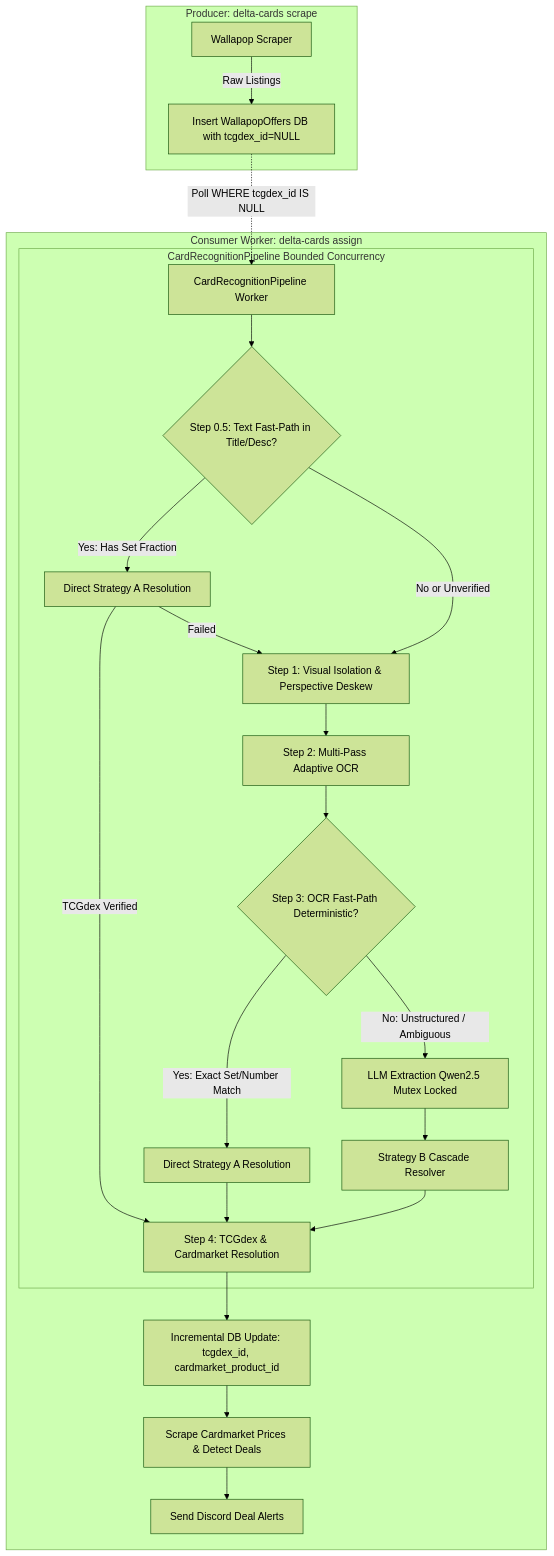
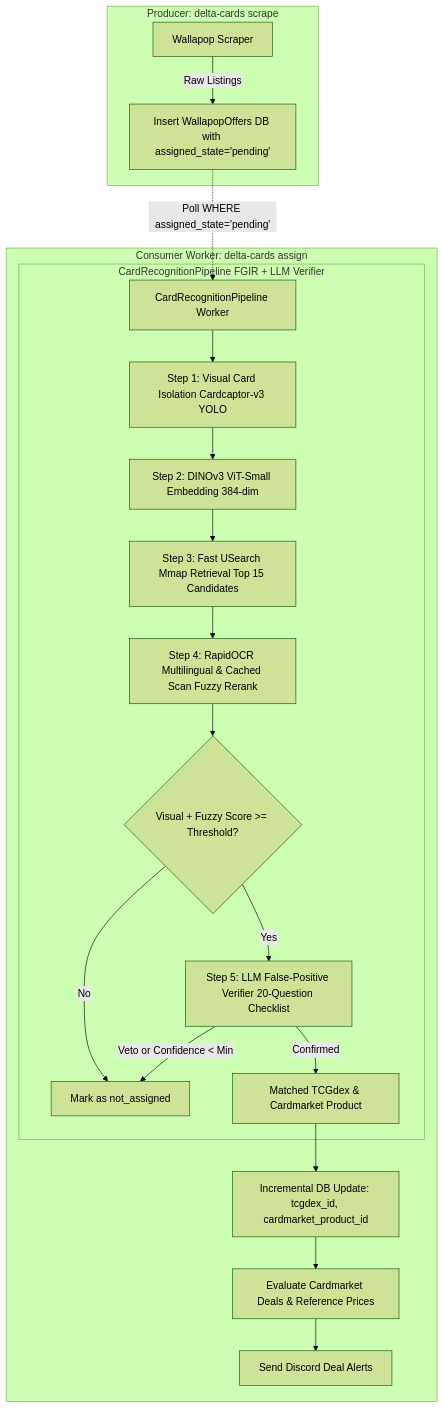
One commit to Javier-Jimenez99/delta-cards changed the diagram in docs/pipeline.md. Above: the diagram before and after it, drawn with Mermaid (forest theme). The commit also changed other lines of this file and 49 other files, not shown here.

Commit message:
refactor: overhaul card recognition pipeline with vector search, OCR services, and evaluation application

````diff
--- a/docs/pipeline.md
+++ b/docs/pipeline.md
@@ -17,29 +17,26 @@
 ```mermaid
 flowchart TD
     subgraph Producer [Producer: delta-cards scrape]
-        A[Wallapop Scraper] -->|Raw Listings| B[Insert WallapopOffers DB with tcgdex_id=NULL]
+        A[Wallapop Scraper] -->|Raw Listings| B[Insert WallapopOffers DB with assigned_state='pending']
     end
 
     subgraph Consumer [Consumer Worker: delta-cards assign]
-        B -.->|Poll WHERE tcgdex_id IS NULL| C[CardRecognitionPipeline Worker]
+        B -.->|Poll WHERE assigned_state='pending'| C[CardRecognitionPipeline Worker]
         
-        subgraph Pipeline [CardRecognitionPipeline Bounded Concurrency]
-            C --> Pre{Step 0.5: Text Fast-Path in Title/Desc?}
-            Pre -->|Yes: Has Set Fraction| FastTcg[Direct Strategy A Resolution]
-            FastTcg -->|TCGdex Verified| L[Step 4: TCGdex & Cardmarket Resolution]
-            Pre -->|No or Unverified| F[Step 1: Visual Isolation & Perspective Deskew]
-            FastTcg -->|Failed| F
-            F --> G[Step 2: Multi-Pass Adaptive OCR]
-            G --> H{Step 3: OCR Fast-Path Deterministic?}
-            H -->|Yes: Exact Set/Number Match| I[Direct Strategy A Resolution]
-            H -->|No: Unstructured / Ambiguous| J[LLM Extraction Qwen2.5 Mutex Locked]
-            J --> K[Strategy B Cascade Resolver]
-            I --> L
-            K --> L
+        subgraph Pipeline [CardRecognitionPipeline FGIR + LLM Verifier]
+            C --> F[Step 1: Visual Card Isolation Cardcaptor-v3 YOLO]
+            F --> G[Step 2: DINOv3 ViT-Small Embedding 384-dim]
+            G --> H[Step 3: Fast USearch Mmap Retrieval Top 15 Candidates]
+            H --> I[Step 4: RapidOCR Multilingual & Cached Scan Fuzzy Rerank]
+            I --> J{Visual + Fuzzy Score >= Threshold?}
+            J -->|No| K[Mark as not_assigned]
+            J -->|Yes| L[Step 5: LLM False-Positive Verifier 20-Question Checklist]
+            L -->|Veto or Confidence < Min| K
+            L -->|Confirmed| M[Matched TCGdex & Cardmarket Product]
         end
 
-        L --> M[Incremental DB Update: tcgdex_id, cardmarket_product_id]
-        M --> N[Scrape Cardmarket Prices & Detect Deals]
-        N --> O[Send Discord Deal Alerts]
+        M --> N[Incremental DB Update: tcgdex_id, cardmarket_product_id]
+        N --> O[Evaluate Cardmarket Deals & Reference Prices]
+        O --> P[Send Discord Deal Alerts]
     end
 ```
````
